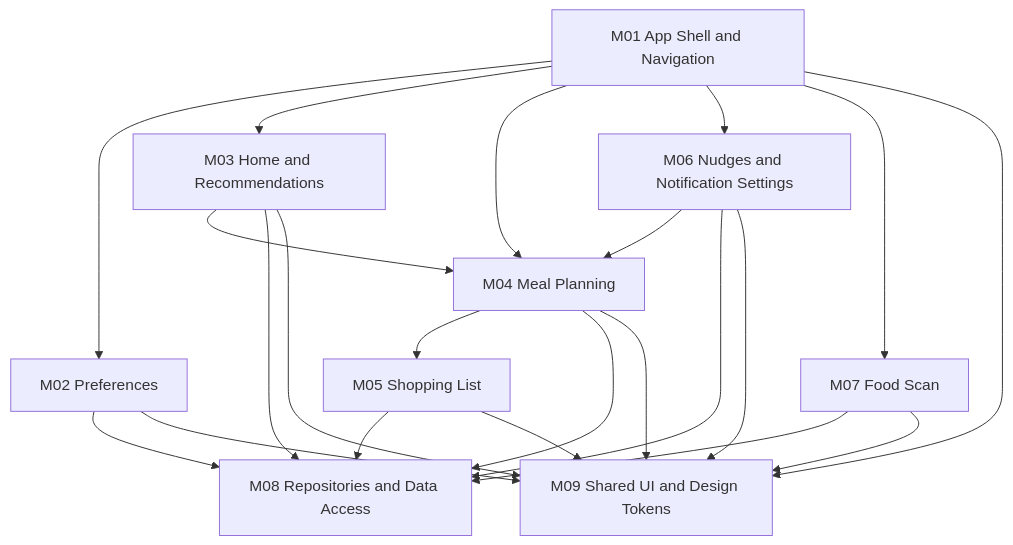
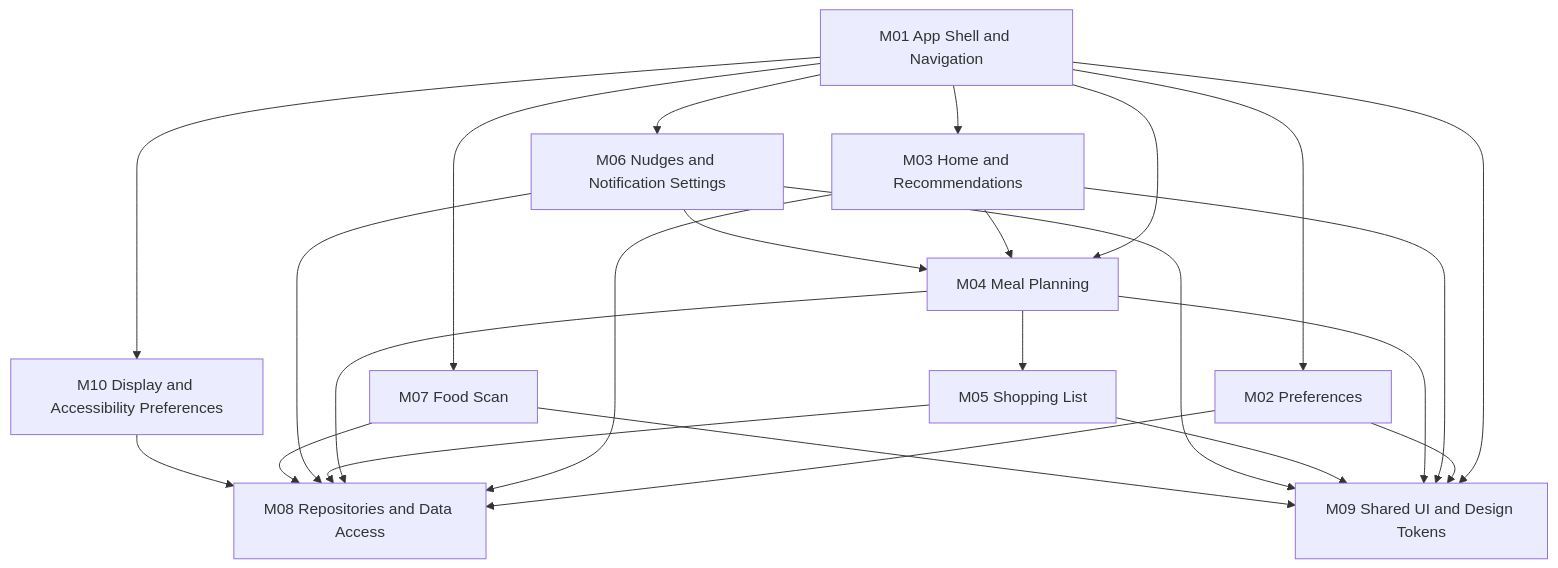
One commit to CHN-PYC/HCI-Design-Challenge changed the diagram in docs/04-engineering/module-design.en.md. Above: the diagram before and after it, drawn with Mermaid. The commit also changed other lines of this file and 36 other files, not shown here.

````diff
--- a/docs/04-engineering/module-design.en.md
+++ b/docs/04-engineering/module-design.en.md
@@ -11,34 +11,37 @@
 ```mermaid
 flowchart TB
     Shell["M01 App Shell and Navigation"]
     Pref["M02 Preferences"]
     Home["M03 Home and Recommendations"]
     Plan["M04 Meal Planning"]
     Shop["M05 Shopping List"]
     Nudge["M06 Nudges and Notification Settings"]
     Scan["M07 Food Scan"]
     Data["M08 Repositories and Data Access"]
     UI["M09 Shared UI and Design Tokens"]
+    Display["M10 Display and Accessibility Preferences"]
 
     Shell --> Pref
     Shell --> Home
     Shell --> Plan
     Shell --> Nudge
     Shell --> Scan
     Home --> Plan
     Plan --> Shop
     Nudge --> Plan
     Pref --> Data
     Home --> Data
     Plan --> Data
     Shop --> Data
     Nudge --> Data
     Scan --> Data
     Shell --> UI
     Pref --> UI
     Home --> UI
     Plan --> UI
     Shop --> UI
     Nudge --> UI
     Scan --> UI
+    Shell --> Display
+    Display --> Data
 ```
````
